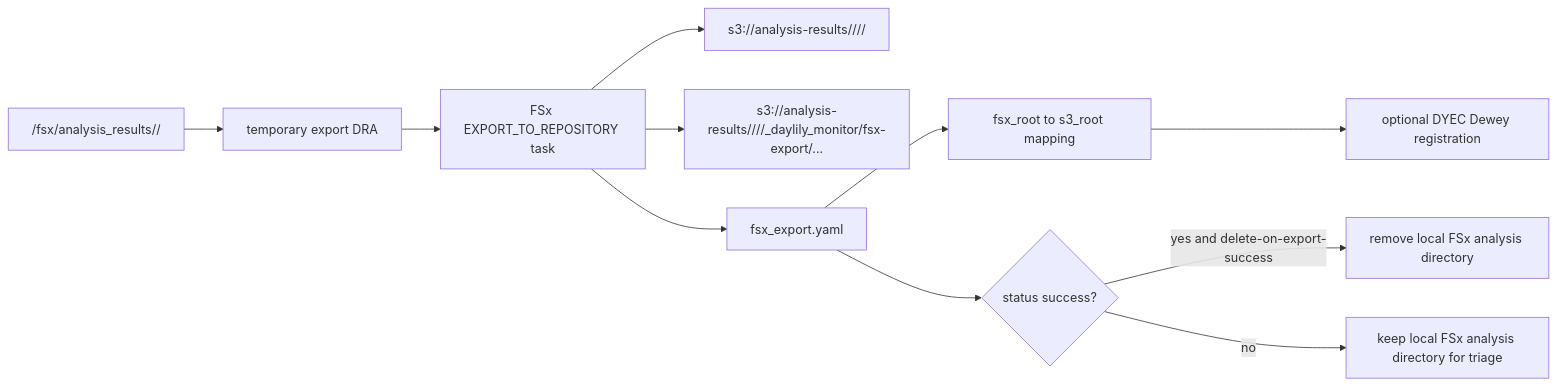
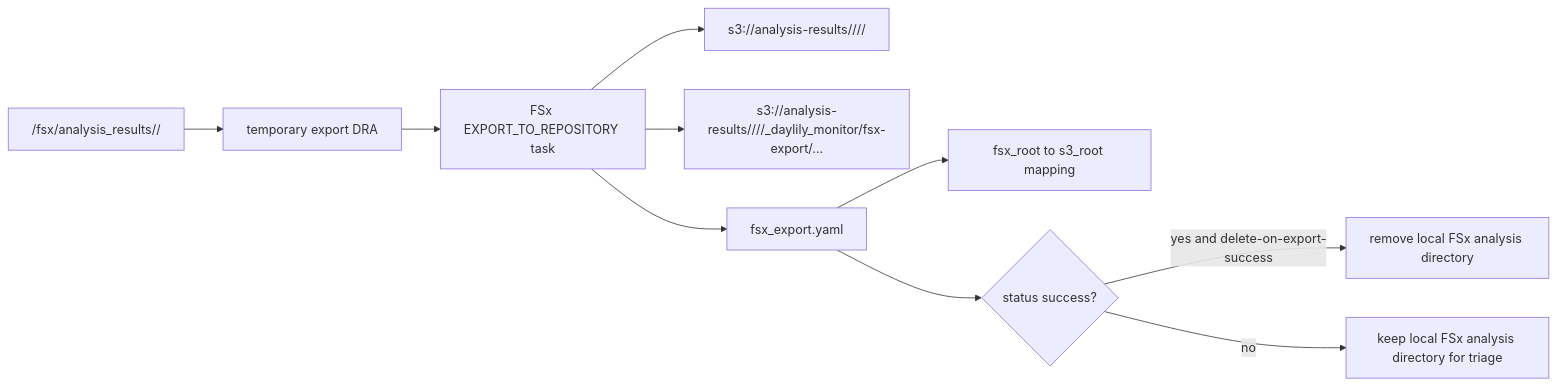
One commit to Daylily-Informatics/daylily-ephemeral-cluster changed the fourth of 4 diagrams in docs/s3_bucket_lifecycle.md. Above: the diagram before and after it, drawn with Mermaid. The commit also changed other lines of this file and 14 other files, not shown here.

````diff
--- a/docs/s3_bucket_lifecycle.md
+++ b/docs/s3_bucket_lifecycle.md
@@ -273,13 +273,12 @@
 ```mermaid
 flowchart LR
   Local["/fsx/analysis_results/<entity>/<analysis_id>"] --> Attach["temporary export DRA"]
   Attach --> Task["FSx EXPORT_TO_REPOSITORY task"]
   Task --> Dest["s3://analysis-results/<prefix>/<entity>/<analysis_id>/"]
   Task --> Report["s3://analysis-results/<prefix>/<entity>/<analysis_id>/_daylily_monitor/fsx-export/..."]
   Task --> Receipt["fsx_export.yaml"]
   Receipt --> Map["fsx_root to s3_root mapping"]
-  Map --> Dewey["optional DYEC Dewey registration"]
   Receipt --> Check{"status success?"}
   Check -->|yes and delete-on-export-success| Delete["remove local FSx analysis directory"]
   Check -->|no| Keep["keep local FSx analysis directory for triage"]
 ```
````
